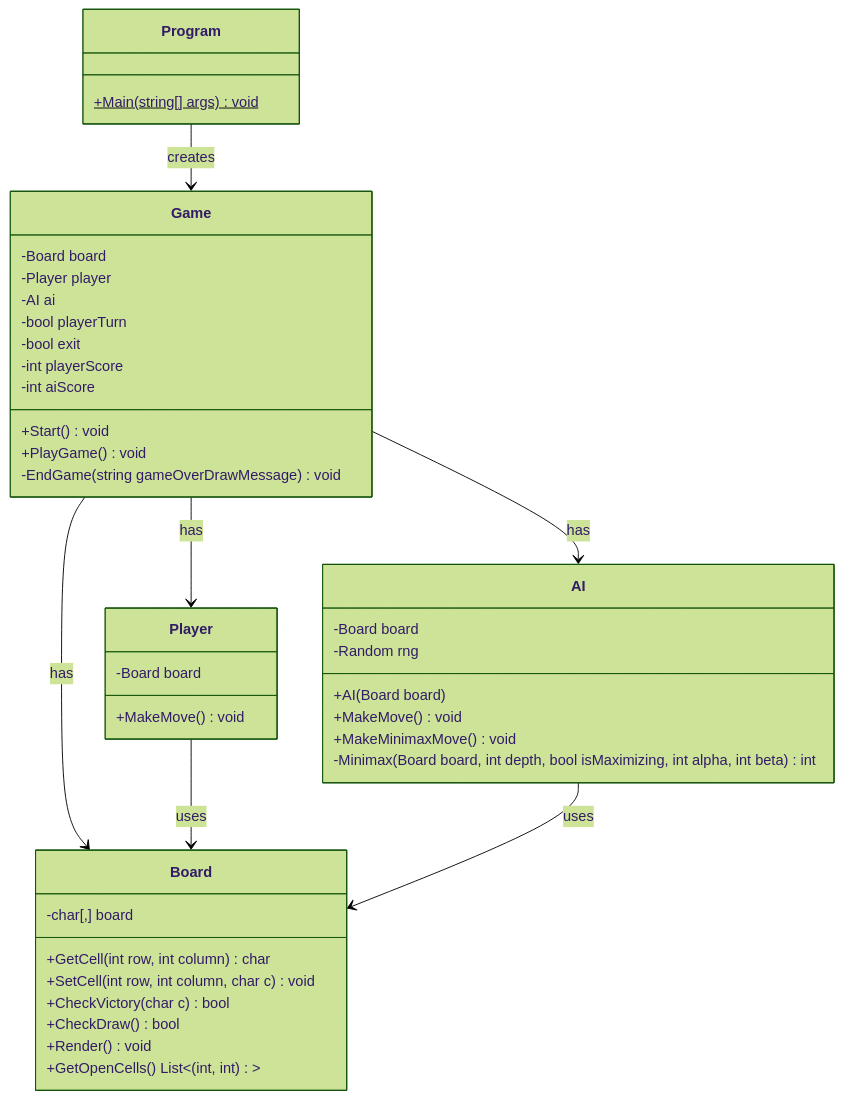
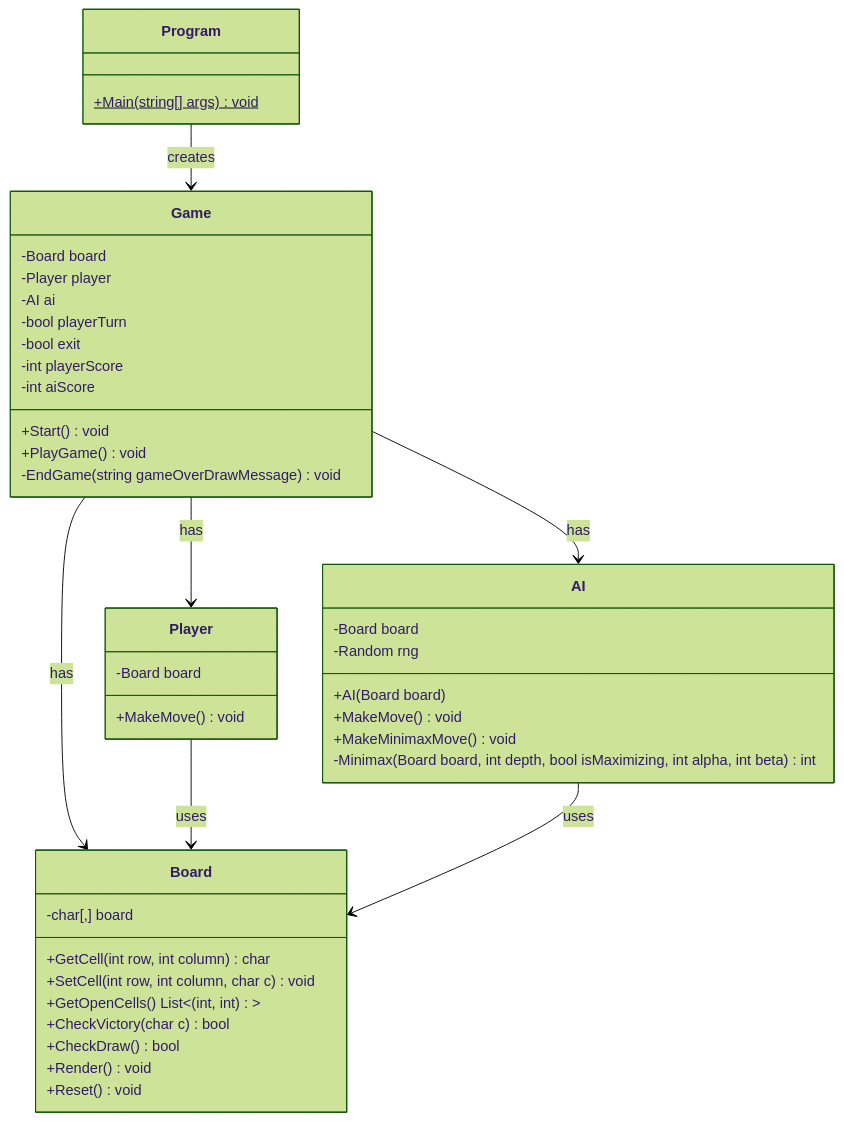
The diagram in README.md (pulgaCS/TicTacToe), drawn with Mermaid (forest theme) before and after one commit.

````diff
--- a/README.md
+++ b/README.md
@@ -39,46 +39,46 @@
 ```mermaid
-
 classDiagram
     class Program {
         +Main(string[] args)$ void
     }
     class Game {
         -Board board
         -Player player
         -AI ai
         -bool playerTurn
         -bool exit
         -int playerScore
         -int aiScore
         +Start() void
         +PlayGame() void
         -EndGame(string gameOverDrawMessage) void
     }
     class Board {
         -char[,] board
         +GetCell(int row, int column) char
         +SetCell(int row, int column, char c) void
+        +GetOpenCells() List<(int, int)>
         +CheckVictory(char c) bool
         +CheckDraw() bool
         +Render() void
-        +GetOpenCells() List<(int, int)>
+        +Reset() void
     }
     class Player {
         -Board board
         +MakeMove() void
     }
     class AI {
         -Board board
         -Random rng
         +AI(Board board)
         +MakeMove() void
         +MakeMinimaxMove() void
         -Minimax(Board board, int depth, bool isMaximizing, int alpha, int beta) int
     }
     Program --> Game : creates
     Game --> Board : has
     Game --> Player : has
     Game --> AI : has
     Player --> Board : uses
     AI --> Board : uses
 ```
````
